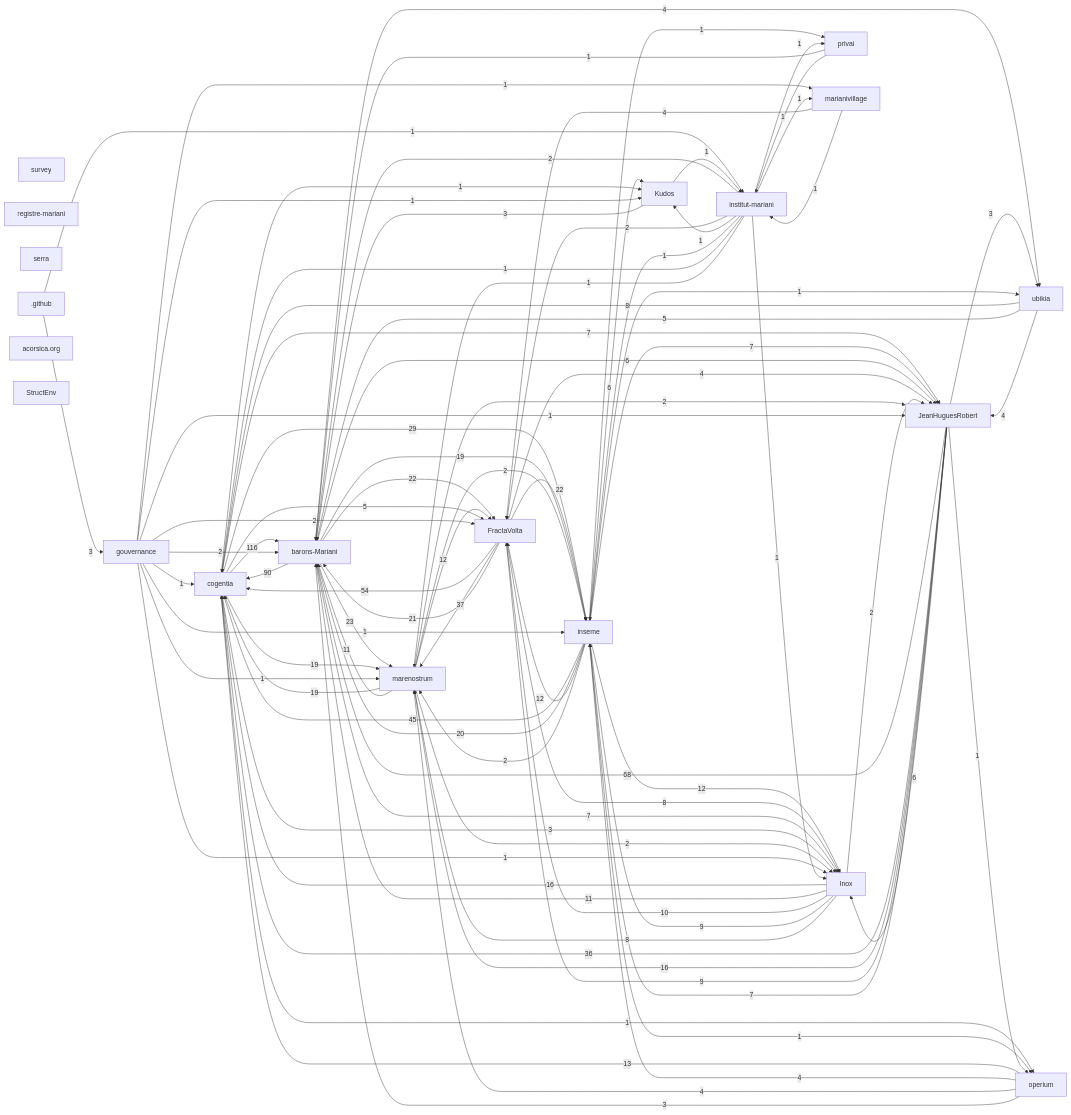
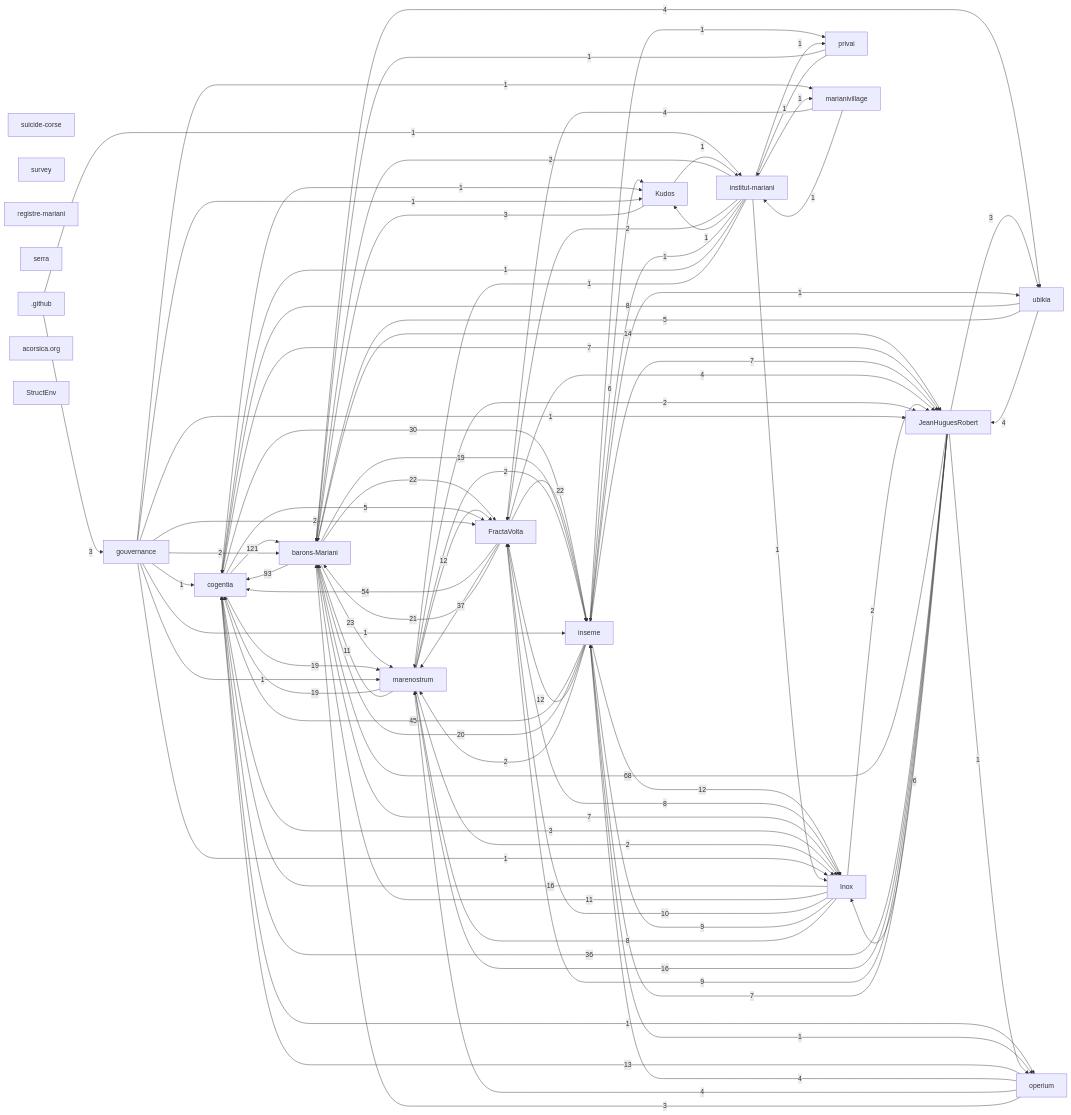
One commit to JeanHuguesRobert/cogentia changed the first of 2 diagrams in research/corpus-status.md. Above: the diagram before and after it, drawn with Mermaid. The commit also changed other lines of this file and 11 other files, not shown here.

```diff
--- a/research/corpus-status.md
+++ b/research/corpus-status.md
@@ -70,6 +71,7 @@
   r_fractavolta["FractaVolta"]
   r_marenostrum["marenostrum"]
   r_barons_mariani["barons-Mariani"]
+  r_suicide_corse["suicide-corse"]
   r_inseme["inseme"]
   r_survey["survey"]
   r_inox["Inox"]
@@ -86,14 +88,14 @@
   r_github[".github"]
   r_acorsica_org["acorsica.org"]
   r_structenv["StructEnv"]
-  r_cogentia -->|116| r_barons_mariani
-  r_barons_mariani -->|90| r_cogentia
+  r_cogentia -->|121| r_barons_mariani
+  r_barons_mariani -->|93| r_cogentia
   r_jeanhuguesrobert -->|68| r_barons_mariani
   r_fractavolta -->|54| r_cogentia
   r_inseme -->|45| r_cogentia
   r_fractavolta -->|37| r_marenostrum
   r_jeanhuguesrobert -->|36| r_cogentia
-  r_cogentia -->|29| r_inseme
+  r_cogentia -->|30| r_inseme
   r_barons_mariani -->|23| r_marenostrum
   r_barons_mariani -->|22| r_fractavolta
   r_fractavolta -->|22| r_inseme
@@ -104,6 +106,7 @@
   r_marenostrum -->|19| r_cogentia
   r_inox -->|16| r_cogentia
   r_jeanhuguesrobert -->|16| r_marenostrum
+  r_barons_mariani -->|14| r_jeanhuguesrobert
   r_operium -->|13| r_cogentia
   r_inseme -->|12| r_fractavolta
   r_inseme -->|12| r_inox
@@ -120,7 +123,6 @@
   r_cogentia -->|7| r_jeanhuguesrobert
   r_inseme -->|7| r_jeanhuguesrobert
   r_jeanhuguesrobert -->|7| r_inseme
-  r_barons_mariani -->|6| r_jeanhuguesrobert
   r_inseme -->|6| r_kudos
   r_jeanhuguesrobert -->|6| r_inox
   r_cogentia -->|5| r_fractavolta
```
